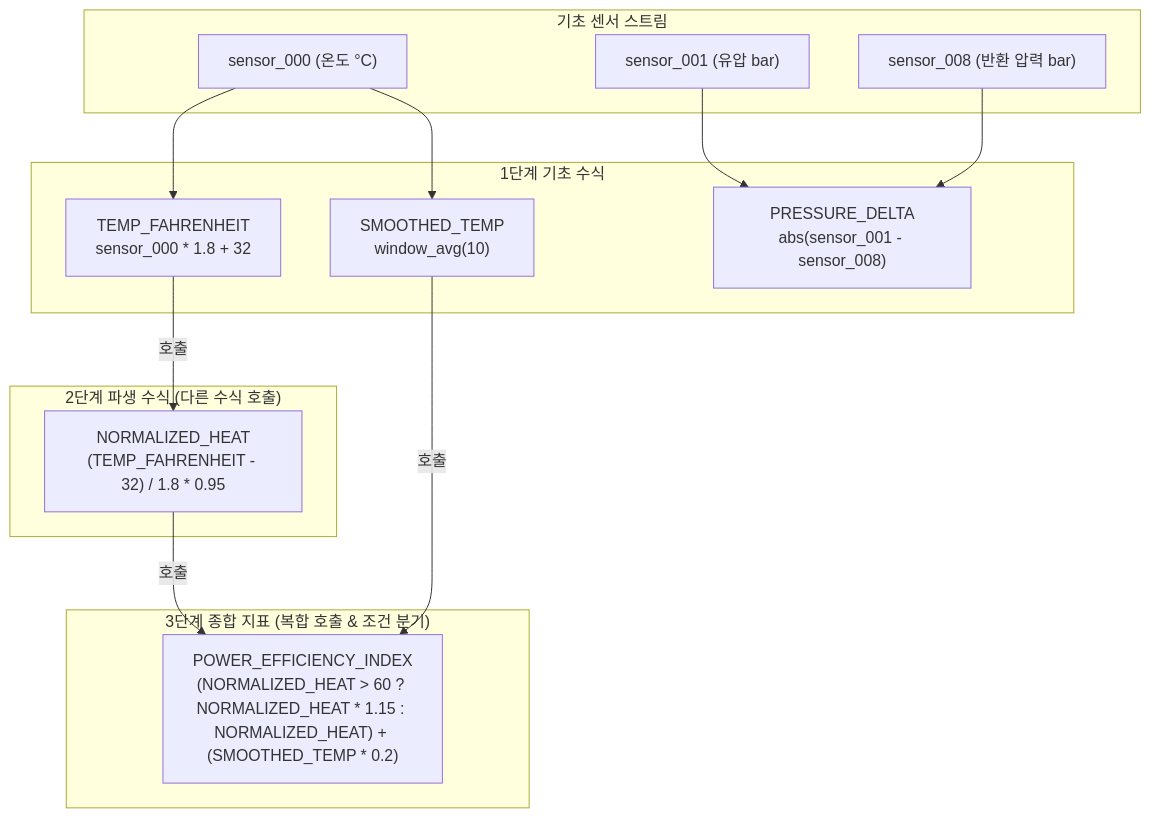
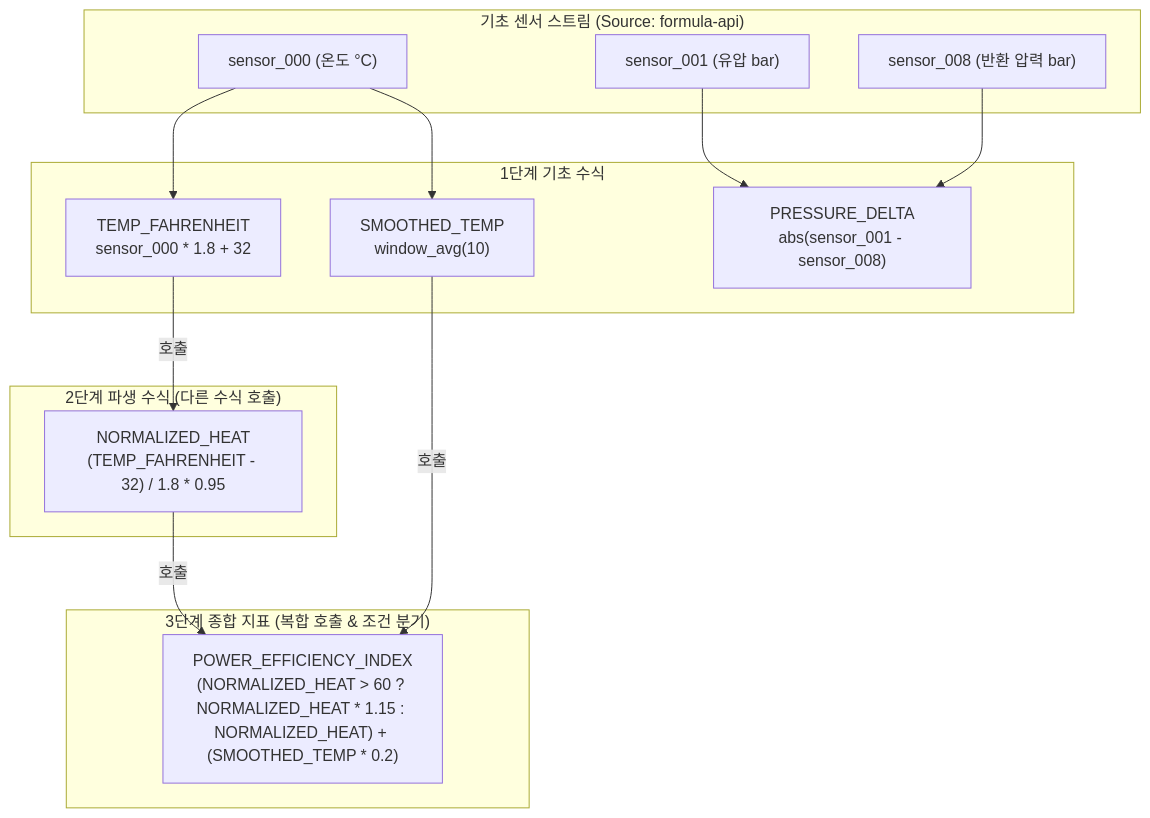
Before and after one commit to imoil/formula-evaluator-service: the second of 4 diagrams in docs/FRONTEND_UI_GUIDE.md, drawn with Mermaid. The commit also changed other lines of this file and 1 other file, not shown here.

Commit message:
docs: update architectural diagrams and guides to reflect backend single source of truth for sensors

````diff
--- a/docs/FRONTEND_UI_GUIDE.md
+++ b/docs/FRONTEND_UI_GUIDE.md
@@ -120,30 +128,30 @@
 ```mermaid
 flowchart TD
-    subgraph DataStreams["기초 센서 스트림"]
+    subgraph DataStreams["기초 센서 스트림 (Source: formula-api)"]
         S0["sensor_000 (온도 °C)"]
         S1["sensor_001 (유압 bar)"]
         S8["sensor_008 (반환 압력 bar)"]
     end
 
     subgraph Level1["1단계 기초 수식"]
         TF["TEMP_FAHRENHEIT<br/>sensor_000 * 1.8 + 32"]
         ST["SMOOTHED_TEMP<br/>window_avg(10)"]
         PD["PRESSURE_DELTA<br/>abs(sensor_001 - sensor_008)"]
     end
 
     subgraph Level2["2단계 파생 수식 (다른 수식 호출)"]
         NH["NORMALIZED_HEAT<br/>(TEMP_FAHRENHEIT - 32) / 1.8 * 0.95"]
     end
 
     subgraph Level3["3단계 종합 지표 (복합 호출 & 조건 분기)"]
         PEI["POWER_EFFICIENCY_INDEX<br/>(NORMALIZED_HEAT > 60 ? NORMALIZED_HEAT * 1.15 : NORMALIZED_HEAT) + (SMOOTHED_TEMP * 0.2)"]
     end
 
     S0 --> TF
     S0 --> ST
     S1 & S8 --> PD
 
     TF -->|호출| NH
     NH -->|호출| PEI
     ST -->|호출| PEI
 ```
````
